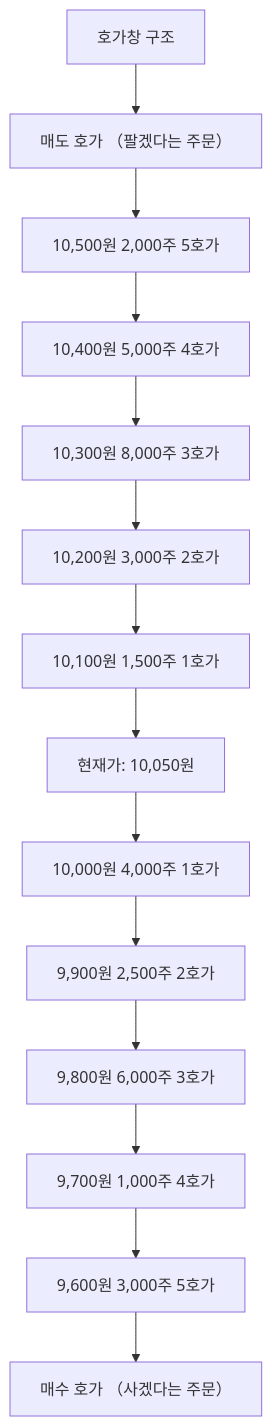
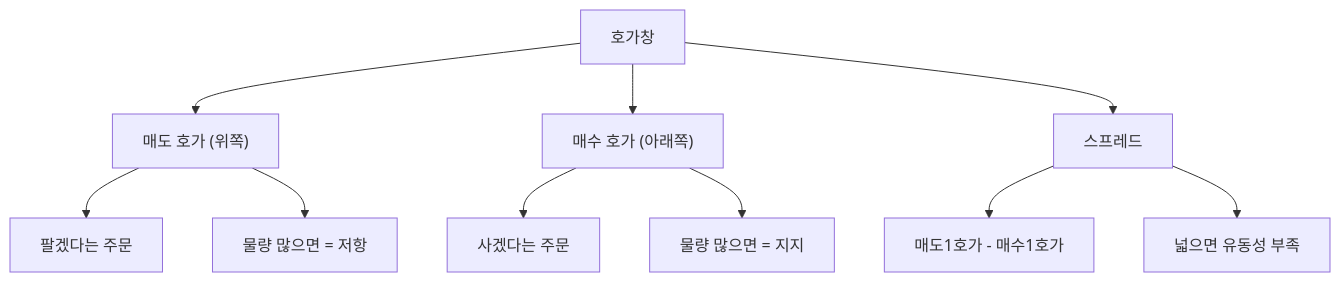
The diagram in content/stock-terms/ko/level-02-market-trading/order-book.md (yeongseon/stock-visual-note), drawn with Mermaid before and after one commit. The commit also changed other lines of this file and 96 other files, not shown here.

Commit message:
Rewrite all 98 remaining articles: branching Mermaid diagrams, natural search_intent, compelling seo_titles, clean descriptions

````diff
--- a/content/stock-terms/ko/level-02-market-trading/order-book.md
+++ b/content/stock-terms/ko/level-02-market-trading/order-book.md
@@ -53,30 +49,12 @@
 ```mermaid
 graph TD
-    A0["호가창 구조"]
-    A1["매도 호가 （팔겠다는 주문）"]
-    A2["10,500원 2,000주 5호가"]
-    A3["10,400원 5,000주 4호가"]
-    A4["10,300원 8,000주 3호가"]
-    A5["10,200원 3,000주 2호가"]
-    A6["10,100원 1,500주 1호가"]
-    A7["현재가: 10,050원"]
-    A8["10,000원 4,000주 1호가"]
-    A9["9,900원 2,500주 2호가"]
-    A10["9,800원 6,000주 3호가"]
-    A11["9,700원 1,000주 4호가"]
-    A12["9,600원 3,000주 5호가"]
-    A13["매수 호가 （사겠다는 주문）"]
-    A0 --> A1
-    A1 --> A2
-    A2 --> A3
-    A3 --> A4
-    A4 --> A5
-    A5 --> A6
-    A6 --> A7
-    A7 --> A8
-    A8 --> A9
-    A9 --> A10
-    A10 --> A11
-    A11 --> A12
-    A12 --> A13
+    A["호가창"] --> B["매도 호가 (위쪽)"]
+    A --> C["매수 호가 (아래쪽)"]
+    A --> D["스프레드"]
+    B --> B1["팔겠다는 주문"]
+    B --> B2["물량 많으면 = 저항"]
+    C --> C1["사겠다는 주문"]
+    C --> C2["물량 많으면 = 지지"]
+    D --> D1["매도1호가 - 매수1호가"]
+    D --> D2["넓으면 유동성 부족"]
 ```
````
